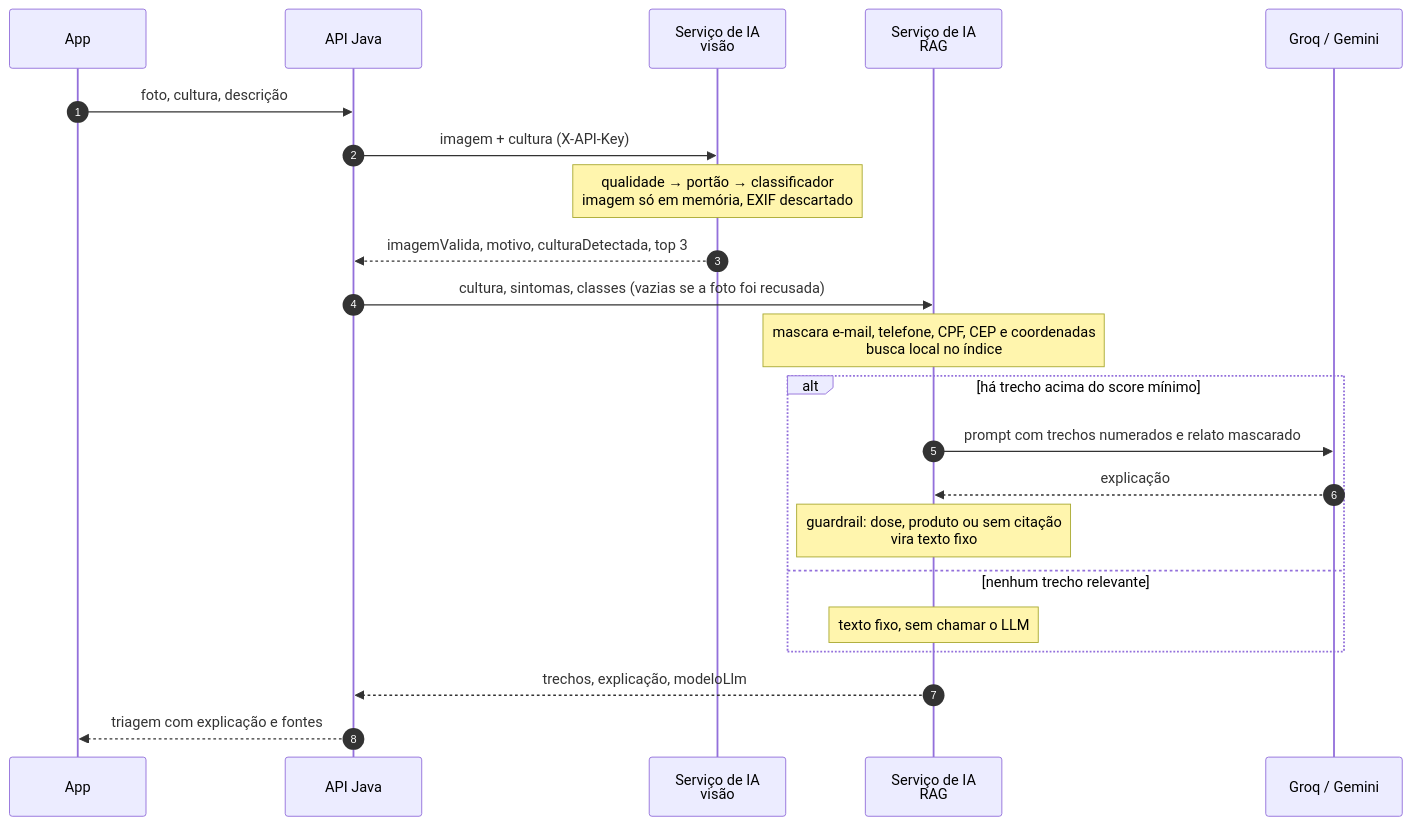
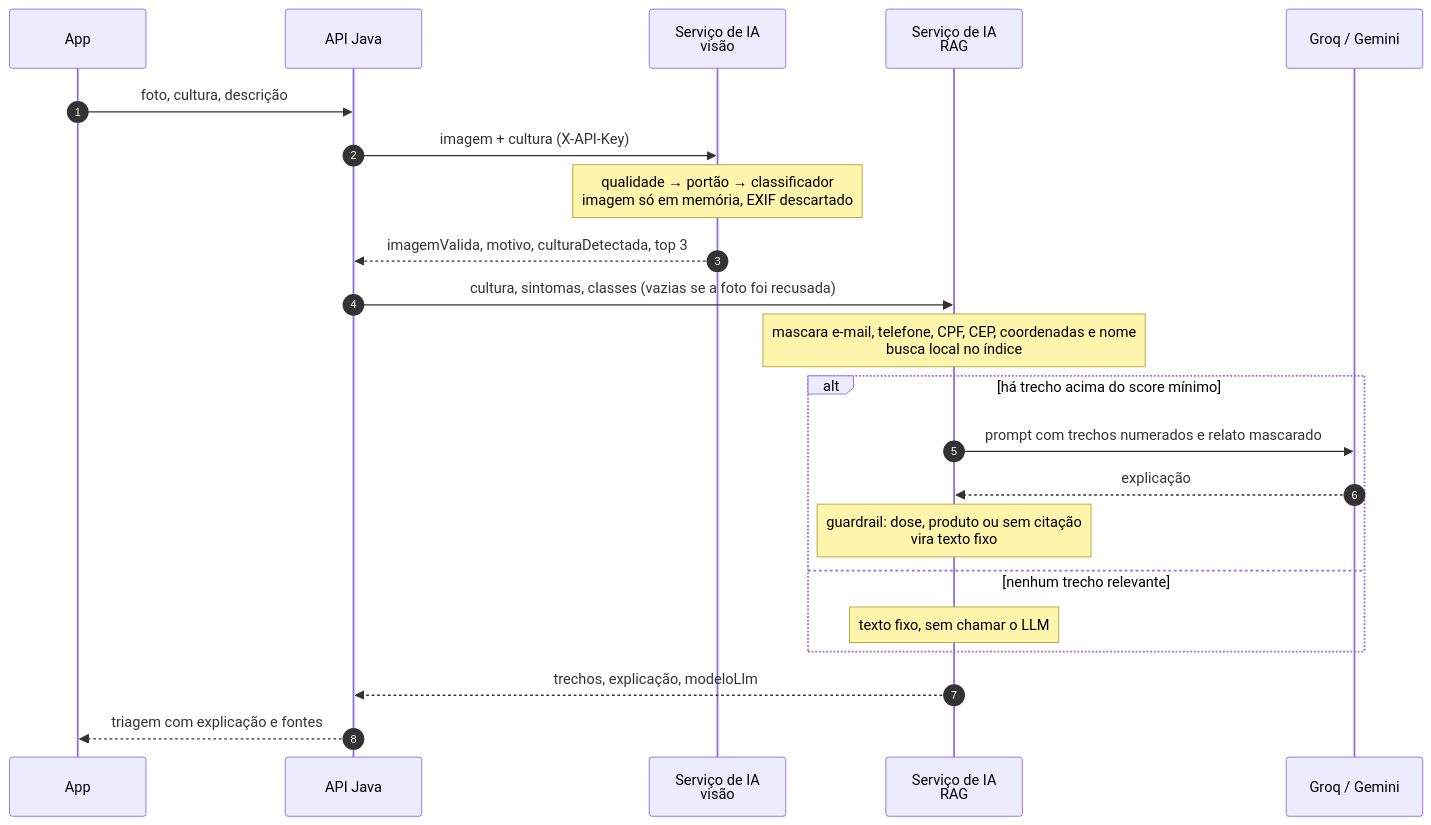
One commit to Valence-Team/valence-iot changed the second of 2 diagrams in docs/arquitetura.md. Above: the diagram before and after it, drawn with Mermaid. The commit also changed other lines of this file, not shown here.

````diff
--- a/docs/arquitetura.md
+++ b/docs/arquitetura.md
@@ -62,25 +62,25 @@
 ```mermaid
 sequenceDiagram
     autonumber
     participant App
     participant Java as API Java
     participant Visao as Serviço de IA<br/>visão
     participant Rag as Serviço de IA<br/>RAG
     participant LLM as Groq / Gemini
 
     App->>Java: foto, cultura, descrição
     Java->>Visao: imagem + cultura (X-API-Key)
     Note over Visao: qualidade → portão → classificador<br/>imagem só em memória, EXIF descartado
     Visao-->>Java: imagemValida, motivo, culturaDetectada, top 3
     Java->>Rag: cultura, sintomas, classes (vazias se a foto foi recusada)
-    Note over Rag: mascara e-mail, telefone, CPF, CEP e coordenadas<br/>busca local no índice
+    Note over Rag: mascara e-mail, telefone, CPF, CEP, coordenadas e nome<br/>busca local no índice
     alt há trecho acima do score mínimo
         Rag->>LLM: prompt com trechos numerados e relato mascarado
         LLM-->>Rag: explicação
         Note over Rag: guardrail: dose, produto ou sem citação<br/>vira texto fixo
     else nenhum trecho relevante
         Note over Rag: texto fixo, sem chamar o LLM
     end
     Rag-->>Java: trechos, explicação, modeloLlm
     Java-->>App: triagem com explicação e fontes
 ```
````
